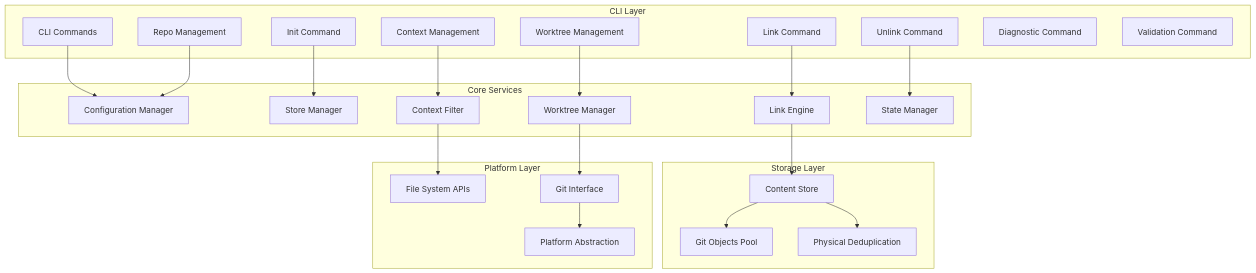
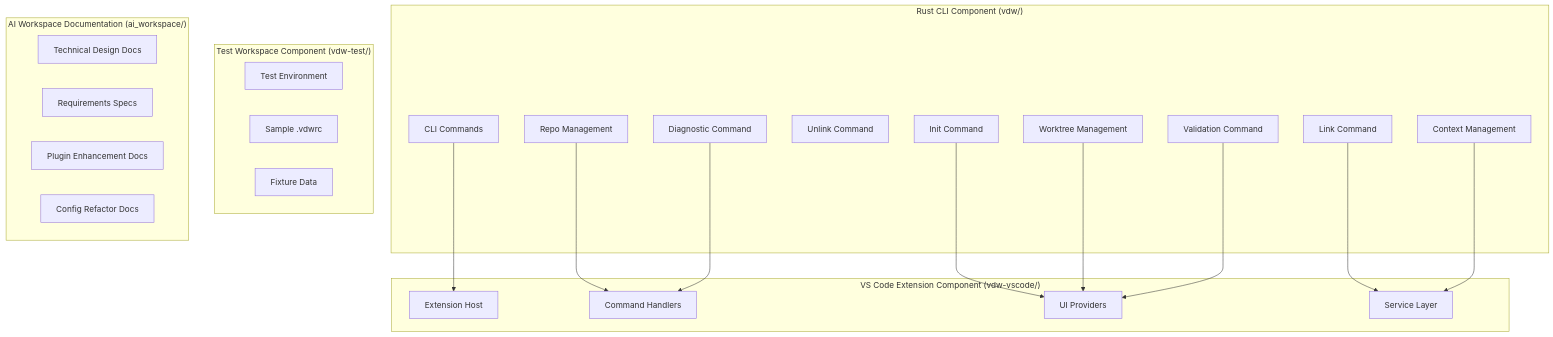
The first of 12 diagrams in .qoder/repowiki/en/content/Core Features Documentation/Core Features Documentation.md (HWH-2019/vdw), drawn with Mermaid before and after one commit. The commit also changed other lines of this file and 20 other files, not shown here.

````diff
--- a/.qoder/repowiki/en/content/Core Features Documentation/Core Features Documentation.md
+++ b/.qoder/repowiki/en/content/Core Features Documentation/Core Features Documentation.md
@@ -65,45 +71,39 @@
 ```mermaid
 graph TB
-subgraph "CLI Layer"
+subgraph "Rust CLI Component (vdw/)"
 CLI[CLI Commands]
 Init[Init Command]
 Link[Link Command]
 Unlink[Unlink Command]
 Repo[Repo Management]
 Worktree[Worktree Management]
 Context[Context Management]
 Doctor[Diagnostic Command]
 Validate[Validation Command]
 end
-subgraph "Core Services"
-ConfigMgr[Configuration Manager]
-StoreMgr[Store Manager]
-LinkEngine[Link Engine]
-WorktreeMgr[Worktree Manager]
-ContextFilter[Context Filter]
-StateMgr[State Manager]
+subgraph "VS Code Extension Component (vdw-vscode/)"
+Extension[Extension Host]
+Commands[Command Handlers]
+Providers[UI Providers]
+Services[Service Layer]
 end
-subgraph "Storage Layer"
-ContentStore[Content Store]
-GitObjects[Git Objects Pool]
-Deduplication[Physical Deduplication]
+subgraph "Test Workspace Component (vdw-test/)"
+TestWorkspace[Test Environment]
+SampleConfig[Sample .vdwrc]
+FixtureData[Fixture Data]
 end
-subgraph "Platform Layer"
-FileSystem[File System APIs]
-GitInterface[Git Interface]
-PlatformAbstraction[Platform Abstraction]
+subgraph "AI Workspace Documentation (ai_workspace/)"
+DesignDocs[Technical Design Docs]
+Requirements[Requirements Specs]
+Enhancement[Plugin Enhancement Docs]
+ConfigRefactor[Config Refactor Docs]
 end
-CLI --> ConfigMgr
-Init --> StoreMgr
-Link --> LinkEngine
-Unlink --> StateMgr
-Repo --> ConfigMgr
-Worktree --> WorktreeMgr
-Context --> ContextFilter
-ContextFilter --> FileSystem
-LinkEngine --> ContentStore
-ContentStore --> GitObjects
-ContentStore --> Deduplication
-WorktreeMgr --> GitInterface
-GitInterface --> PlatformAbstraction
+CLI --> Extension
+Init --> Providers
+Link --> Services
+Repo --> Commands
+Worktree --> Providers
+Context --> Services
+Doctor --> Commands
+Validate --> Providers
 ```
````
